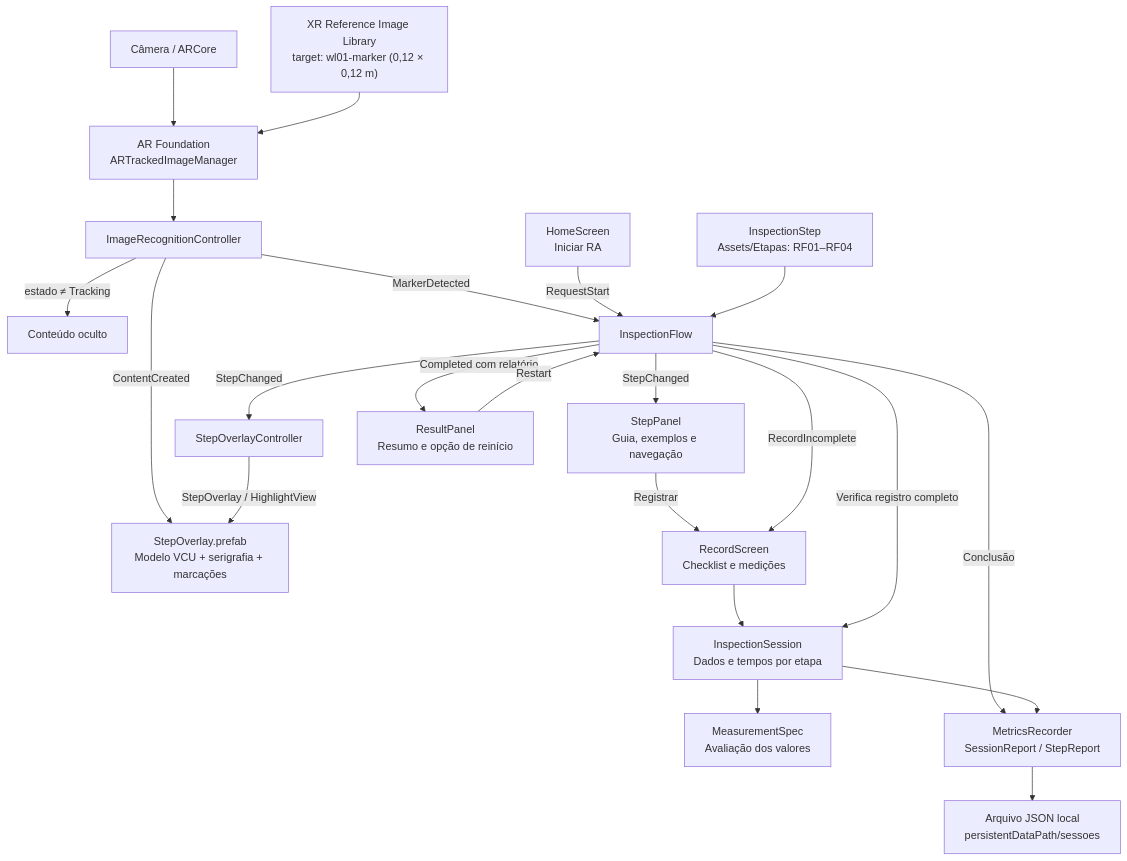
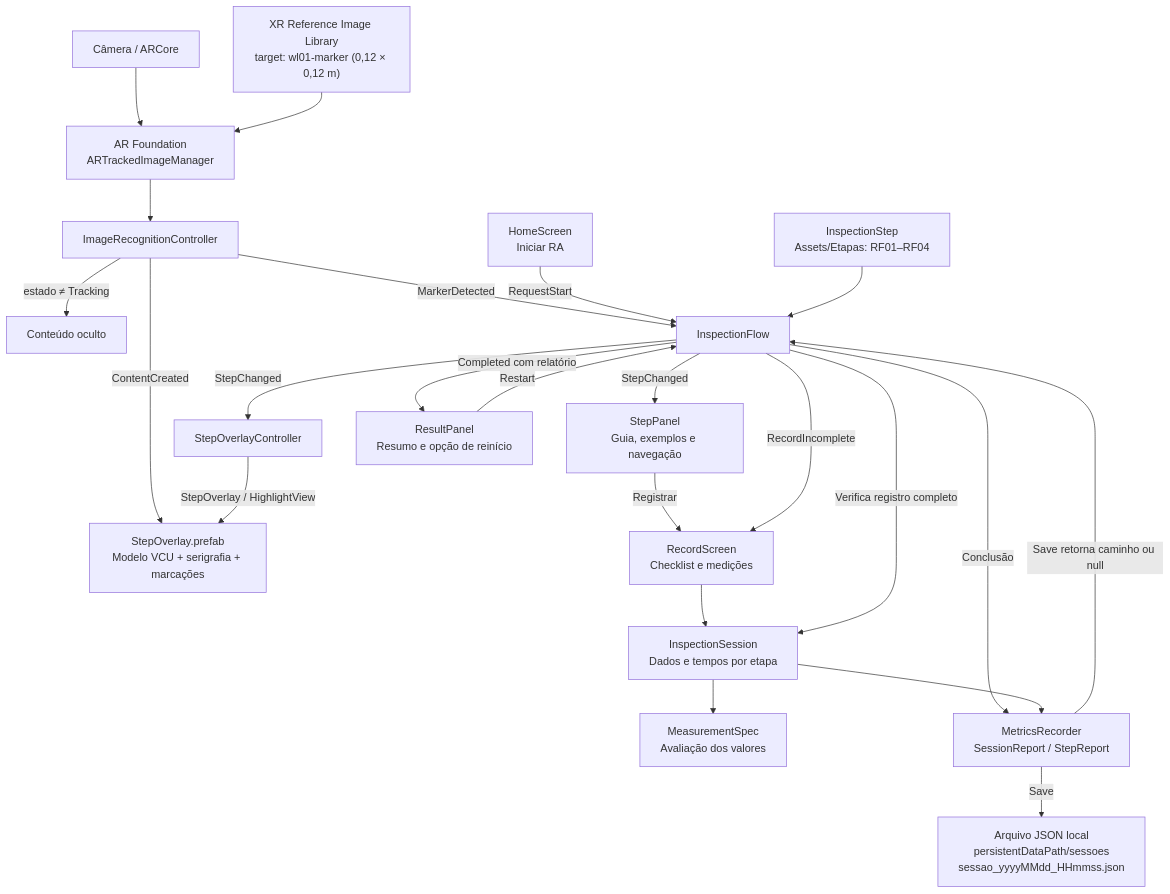
The first of 5 diagrams in README.md (lfmutton/AR_UPX_Project), drawn with Mermaid before and after one commit. The commit also changed other lines of this file and 1 other file, not shown here.

````diff
--- a/README.md
+++ b/README.md
@@ -171,24 +173,25 @@
 ```mermaid
 flowchart TB
     CAMERA["Câmera / ARCore"] --> TRACK["AR Foundation<br/>ARTrackedImageManager"]
     LIB["XR Reference Image Library<br/>target: wl01-marker (0,12 × 0,12 m)"] --> TRACK
     TRACK --> REC["ImageRecognitionController"]
     REC -->|ContentCreated| MODEL["StepOverlay.prefab<br/>Modelo VCU + serigrafia + marcações"]
     REC -->|"estado ≠ Tracking"| HIDE["Conteúdo oculto"]
     REC -->|MarkerDetected| FLOW["InspectionFlow"]
     HOME["HomeScreen<br/>Iniciar RA"] -->|RequestStart| FLOW
     STEPS["InspectionStep<br/>Assets/Etapas: RF01–RF04"] --> FLOW
     FLOW -->|StepChanged| PANEL["StepPanel<br/>Guia, exemplos e navegação"]
     FLOW -->|StepChanged| OVERLAY["StepOverlayController"]
     OVERLAY -->|StepOverlay / HighlightView| MODEL
     PANEL -->|Registrar| RECORD["RecordScreen<br/>Checklist e medições"]
     FLOW -->|RecordIncomplete| RECORD
     RECORD --> SESSION["InspectionSession<br/>Dados e tempos por etapa"]
     SESSION --> SPEC["MeasurementSpec<br/>Avaliação dos valores"]
     FLOW -->|Verifica registro completo| SESSION
     FLOW -->|Conclusão| METRICS["MetricsRecorder<br/>SessionReport / StepReport"]
     SESSION --> METRICS
-    METRICS --> JSON["Arquivo JSON local<br/>persistentDataPath/sessoes"]
+    METRICS -->|Save| JSON["Arquivo JSON local<br/>persistentDataPath/sessoes<br/>sessao_yyyyMMdd_HHmmss.json"]
+    METRICS -->|"Save retorna caminho ou null"| FLOW
     FLOW -->|Completed com relatório| RESULT["ResultPanel<br/>Resumo e opção de reinício"]
     RESULT -->|Restart| FLOW
 ```
````
